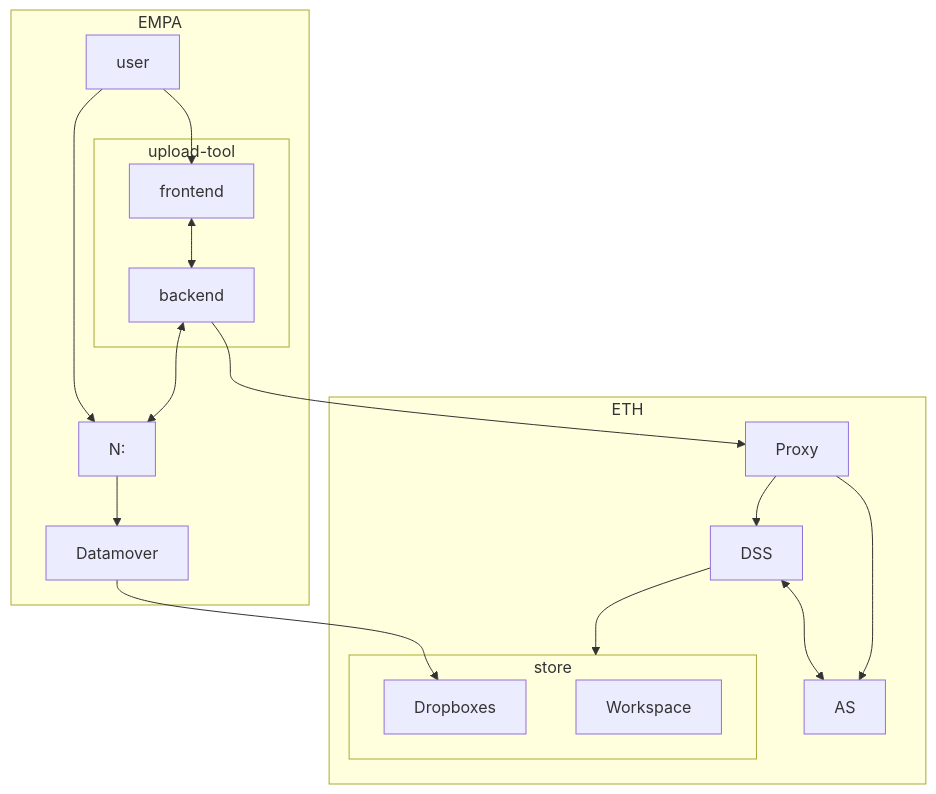
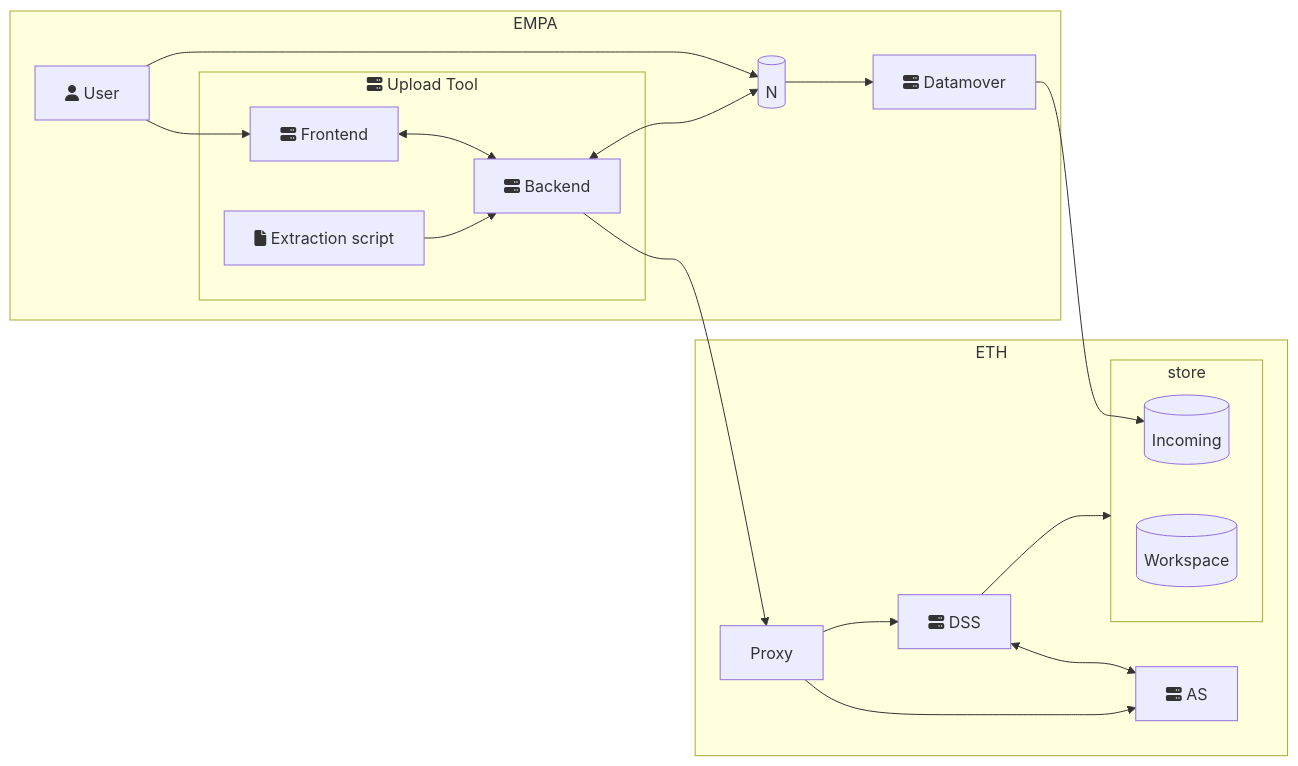
The second of 3 diagrams in README.md (empa-scientific-it/openbis-uploader), drawn with Mermaid before and after one commit. The commit also changed other lines of this file, not shown here.

Commit message:
Added sequence diagram to docs

````diff
--- a/README.md
+++ b/README.md
@@ -82,26 +82,30 @@
 ```mermaid
-flowchart TB
+
+flowchart LR
     subgraph ETH
-    DSS <--> AS
+    DSS[fa:fa-server DSS] <--> AS[fa:fa-server AS]
     DSS--> store
     Proxy --> AS
     Proxy --> DSS
     end
     subgraph store
-        Dropboxes
-        Workspace
+        Incoming[(Incoming)]
+        Workspace[(Workspace)]
     end
     subgraph EMPA
-    user --> N:
-    N: --> Datamover
-    Datamover --> Dropboxes
-    subgraph upload-tool
-        frontend
-        backend
+    user[fa:fa-user User]  --> N[(N)]
+    N --> Datamover[fa:fa-server Datamover]
+    Datamover --> Incoming
+    subgraph upload-tool[fa:fa-server Upload Tool]
+        frontend[fa:fa-server Frontend]
+        backend[fa:fa-server Backend]
+        scripts[fa:fa-file Extraction script]
         frontend <--> backend
+        scripts --> backend
     end
-    backend <--> N:
-    user --> frontend
+    backend <--> N
+    user  --> frontend
     backend --> Proxy
     end
+
 ```
````
